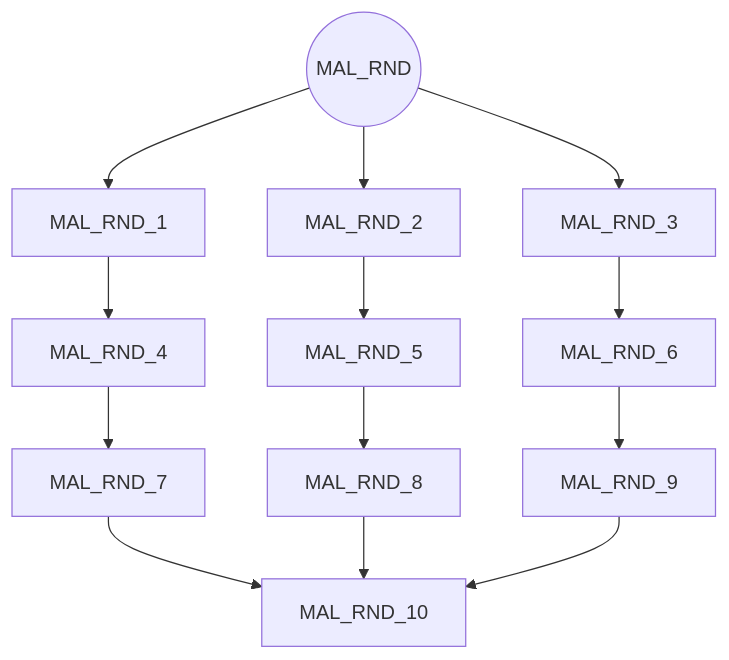
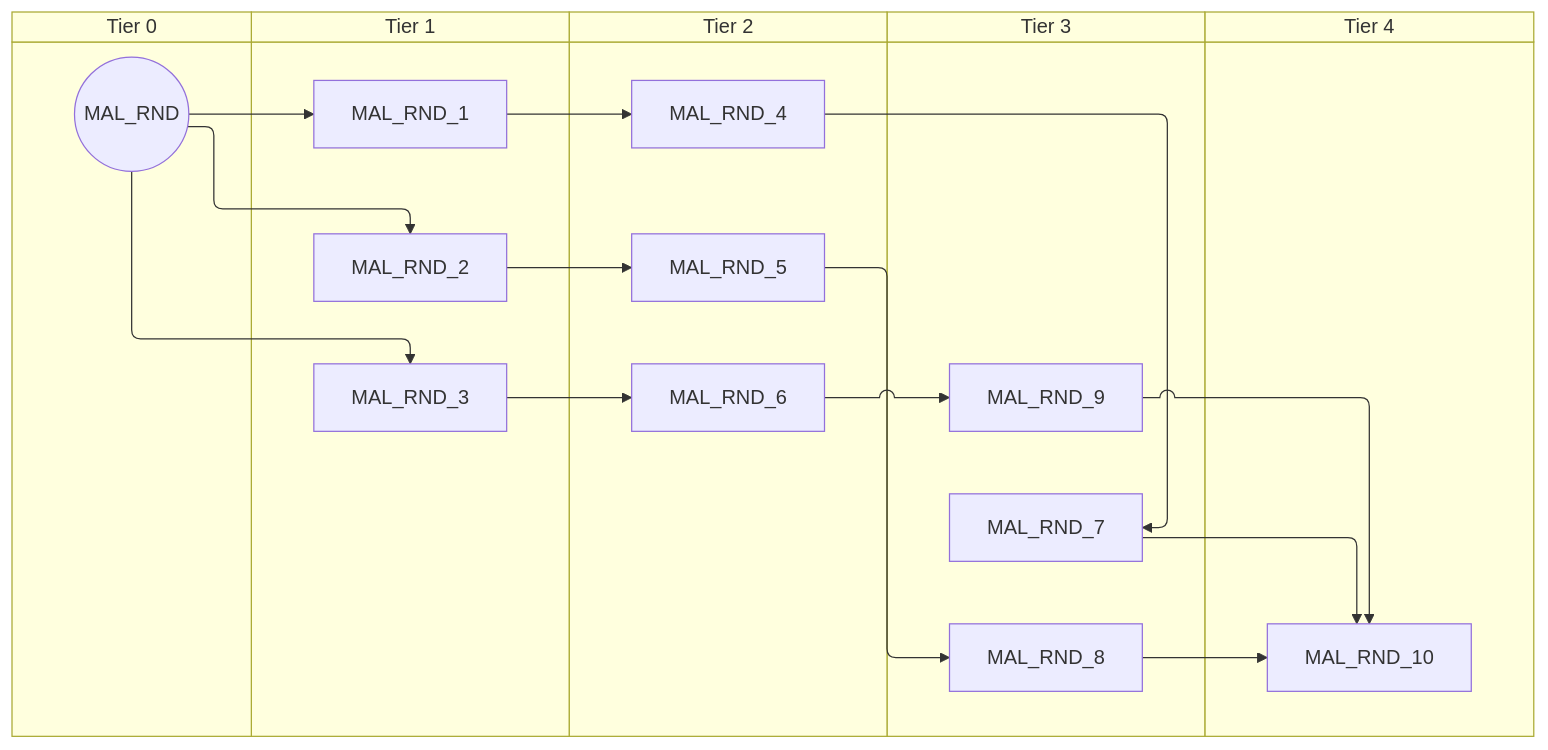
The first of 7 diagrams in docs/gdd/National Focuses/r56/malaysia.md (evgeny-sobol/hoi4-sandbox-mode-r56), drawn with Mermaid before and after one commit. The commit also changed other lines of this file and 423 other files, not shown here.

First line of the commit message:
Re-export Rt56 focus trees as swimlane diagrams

````diff
--- a/docs/gdd/National Focuses/r56/malaysia.md
+++ b/docs/gdd/National Focuses/r56/malaysia.md
@@ -3,26 +3,36 @@
 ```mermaid
-flowchart TD
-    n1(("MAL_RND"))
-    n2["MAL_RND_1"]
-    n3["MAL_RND_10"]
-    n4["MAL_RND_2"]
-    n5["MAL_RND_3"]
-    n6["MAL_RND_4"]
-    n7["MAL_RND_5"]
-    n8["MAL_RND_6"]
-    n9["MAL_RND_7"]
-    n10["MAL_RND_8"]
-    n11["MAL_RND_9"]
+swimlane-beta TD
+    subgraph tier_0["Tier 0"]
+        n1(("MAL_RND"))
+    end
+    subgraph tier_1["Tier 1"]
+        n2["MAL_RND_1"]
+        n3["MAL_RND_2"]
+        n4["MAL_RND_3"]
+    end
+    subgraph tier_2["Tier 2"]
+        n5["MAL_RND_4"]
+        n6["MAL_RND_5"]
+        n7["MAL_RND_6"]
+    end
+    subgraph tier_3["Tier 3"]
+        n8["MAL_RND_7"]
+        n9["MAL_RND_8"]
+        n10["MAL_RND_9"]
+    end
+    subgraph tier_4["Tier 4"]
+        n11["MAL_RND_10"]
+    end
     n1 --> n2
-    n9 --> n3
-    n10 --> n3
-    n11 --> n3
+    n8 --> n11
+    n9 --> n11
+    n10 --> n11
+    n1 --> n3
     n1 --> n4
-    n1 --> n5
-    n2 --> n6
+    n2 --> n5
+    n3 --> n6
     n4 --> n7
     n5 --> n8
     n6 --> n9
     n7 --> n10
-    n8 --> n11
 ```
````
